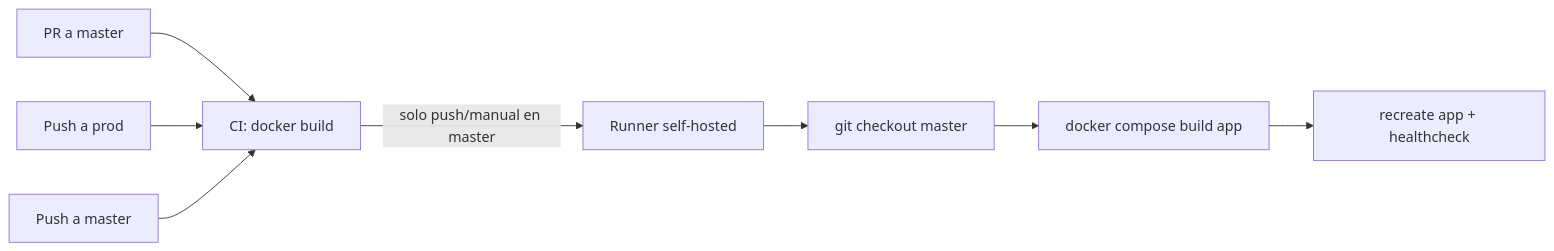
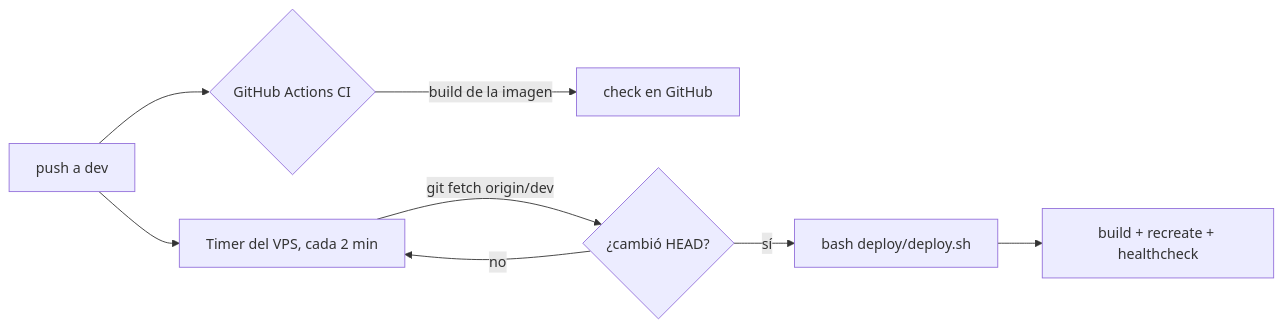
The diagram in docs/CI-CD.md (jctrejosi/ecommerce), drawn with Mermaid before and after one commit. The commit also changed other lines of this file and 946 other files, not shown here.

````diff
--- a/docs/CI-CD.md
+++ b/docs/CI-CD.md
@@ -5,10 +6,10 @@
 ```mermaid
 flowchart LR
-    A[PR a master] --> C[CI: docker build]
-    B[Push a prod] --> C
-    D[Push a master] --> C
-    C -->|solo push/manual en master| E[Runner self-hosted]
-    E --> F[git checkout master]
-    F --> G[docker compose build app]
-    G --> H[recreate app + healthcheck]
+    A[push a dev] --> B{GitHub Actions CI}
+    B -->|build de la imagen| C[check en GitHub]
+    A --> D[Timer del VPS, cada 2 min]
+    D -->|git fetch origin/dev| E{¿cambió HEAD?}
+    E -->|sí| F[bash deploy/deploy.sh]
+    E -->|no| D
+    F --> G[build + recreate + healthcheck]
 ```
````
